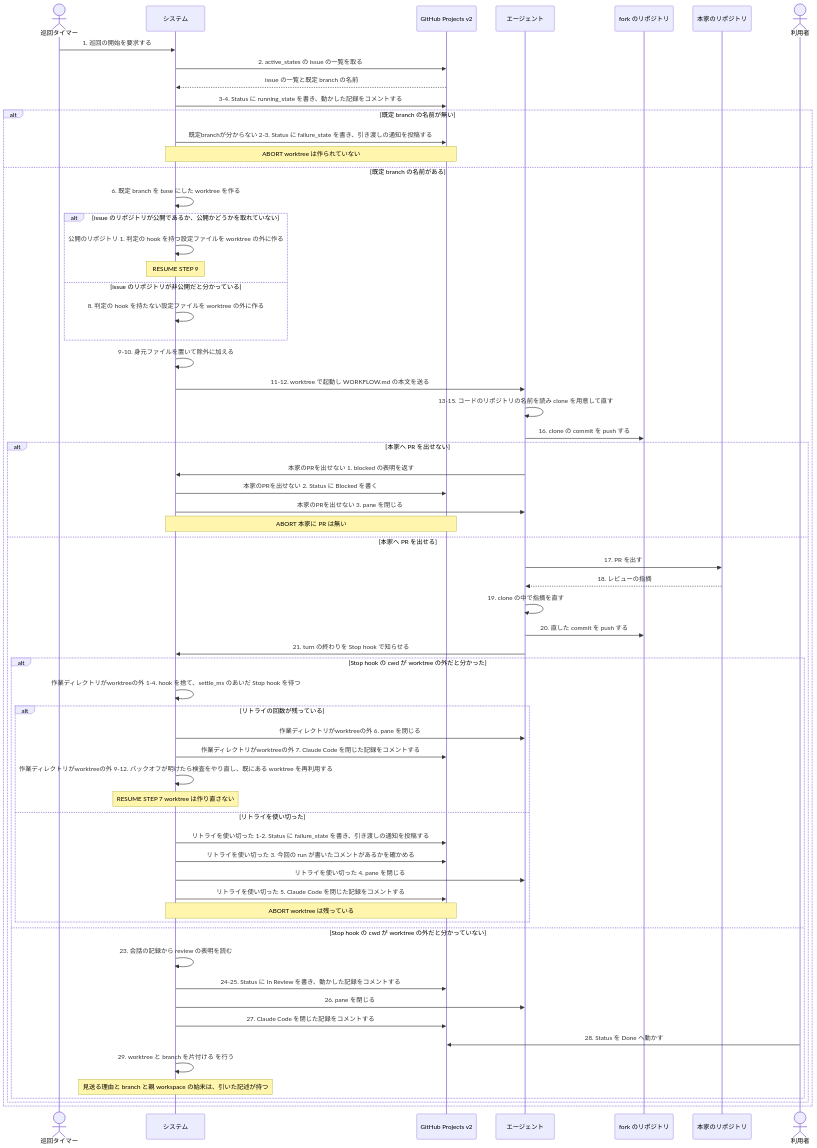
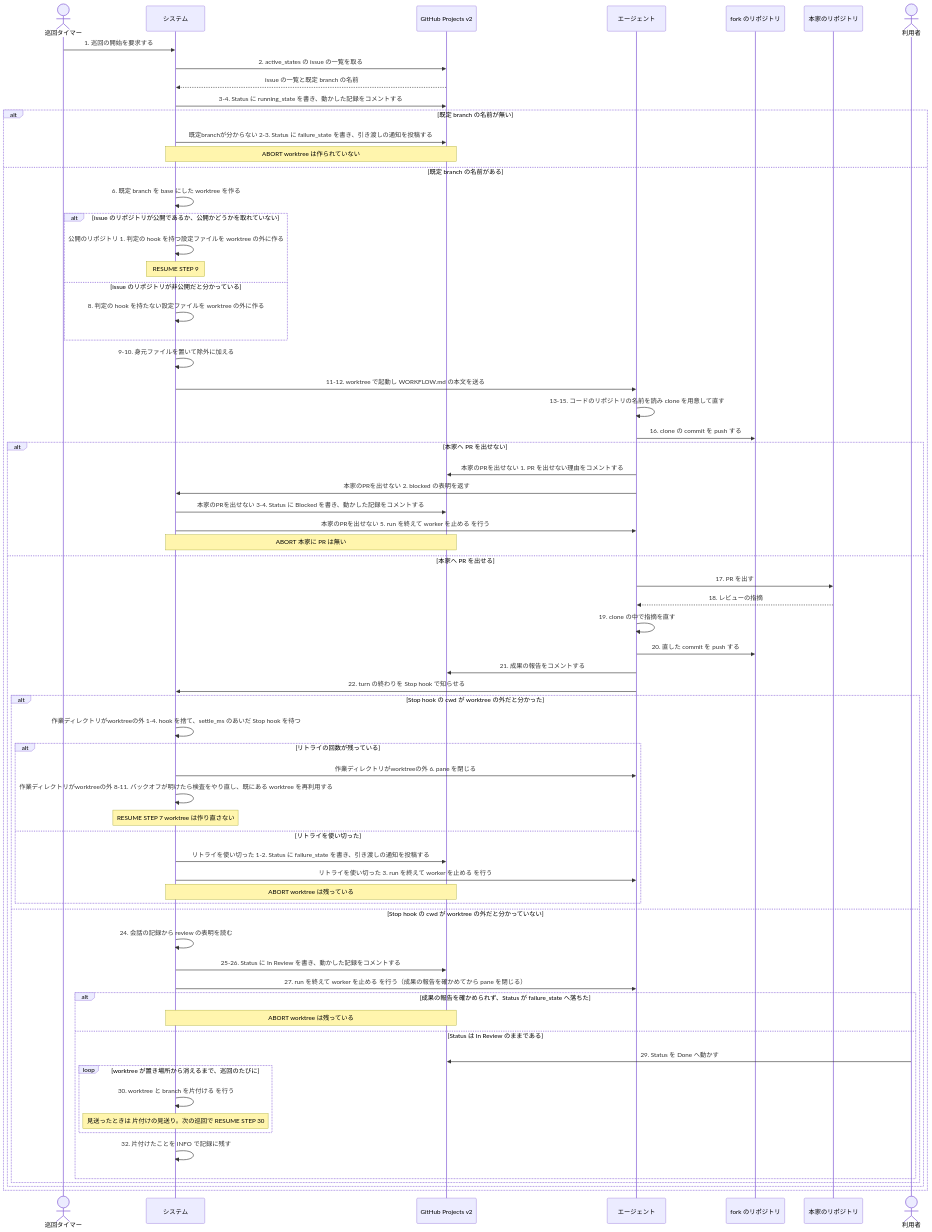
The second of 2 diagrams in docs/spec/usecases/particular_case/本家のリポジトリへ PR を出す.rucm.md (maimuzo/continuo), drawn with Mermaid before and after one commit. The commit also changed other lines of this file and 93 other files, not shown here.

````diff
--- a/docs/spec/usecases/particular_case/本家のリポジトリへ PR を出す.rucm.md
+++ b/docs/spec/usecases/particular_case/本家のリポジトリへ PR を出す.rucm.md
@@ -307,66 +357,71 @@
 ```mermaid
 sequenceDiagram
     actor TIMER as 巡回タイマー
     participant SYS as システム
     participant BOARD as GitHub Projects v2
     participant CC as エージェント
     participant FORK as fork のリポジトリ
     participant UP as 本家のリポジトリ
     actor USER as 利用者
 
     TIMER->>SYS: 1. 巡回の開始を要求する
     SYS->>BOARD: 2. active_states の issue の一覧を取る
     BOARD-->>SYS: issue の一覧と既定 branch の名前
     SYS->>BOARD: 3-4. Status に running_state を書き、動かした記録をコメントする
     alt 既定 branch の名前が無い
         SYS->>BOARD: 既定branchが分からない 2-3. Status に failure_state を書き、引き渡しの通知を投稿する
         Note over SYS,BOARD: ABORT worktree は作られていない
     else 既定 branch の名前がある
         SYS->>SYS: 6. 既定 branch を base にした worktree を作る
         alt issue のリポジトリが公開であるか、公開かどうかを取れていない
             SYS->>SYS: 公開のリポジトリ 1. 判定の hook を持つ設定ファイルを worktree の外に作る
             Note over SYS: RESUME STEP 9
         else issue のリポジトリが非公開だと分かっている
             SYS->>SYS: 8. 判定の hook を持たない設定ファイルを worktree の外に作る
         end
         SYS->>SYS: 9-10. 身元ファイルを置いて除外に加える
         SYS->>CC: 11-12. worktree で起動し WORKFLOW.md の本文を送る
         CC->>CC: 13-15. コードのリポジトリの名前を読み clone を用意して直す
         CC->>FORK: 16. clone の commit を push する
         alt 本家へ PR を出せない
-            CC->>SYS: 本家のPRを出せない 1. blocked の表明を返す
-            SYS->>BOARD: 本家のPRを出せない 2. Status に Blocked を書く
-            SYS->>CC: 本家のPRを出せない 3. pane を閉じる
+            CC->>BOARD: 本家のPRを出せない 1. PR を出せない理由をコメントする
+            CC->>SYS: 本家のPRを出せない 2. blocked の表明を返す
+            SYS->>BOARD: 本家のPRを出せない 3-4. Status に Blocked を書き、動かした記録をコメントする
+            SYS->>CC: 本家のPRを出せない 5. run を終えて worker を止める を行う
             Note over SYS,BOARD: ABORT 本家に PR は無い
         else 本家へ PR を出せる
             CC->>UP: 17. PR を出す
             UP-->>CC: 18. レビューの指摘
             CC->>CC: 19. clone の中で指摘を直す
             CC->>FORK: 20. 直した commit を push する
-            CC->>SYS: 21. turn の終わりを Stop hook で知らせる
+            CC->>BOARD: 21. 成果の報告をコメントする
+            CC->>SYS: 22. turn の終わりを Stop hook で知らせる
             alt Stop hook の cwd が worktree の外だと分かった
                 SYS->>SYS: 作業ディレクトリがworktreeの外 1-4. hook を捨て、settle_ms のあいだ Stop hook を待つ
                 alt リトライの回数が残っている
                     SYS->>CC: 作業ディレクトリがworktreeの外 6. pane を閉じる
-                    SYS->>BOARD: 作業ディレクトリがworktreeの外 7. Claude Code を閉じた記録をコメントする
-                    SYS->>SYS: 作業ディレクトリがworktreeの外 9-12. バックオフが明けたら検査をやり直し、既にある worktree を再利用する
+                    SYS->>SYS: 作業ディレクトリがworktreeの外 8-11. バックオフが明けたら検査をやり直し、既にある worktree を再利用する
                     Note over SYS: RESUME STEP 7 worktree は作り直さない
                 else リトライを使い切った
                     SYS->>BOARD: リトライを使い切った 1-2. Status に failure_state を書き、引き渡しの通知を投稿する
-                    SYS->>BOARD: リトライを使い切った 3. 今回の run が書いたコメントがあるかを確かめる
-                    SYS->>CC: リトライを使い切った 4. pane を閉じる
-                    SYS->>BOARD: リトライを使い切った 5. Claude Code を閉じた記録をコメントする
+                    SYS->>CC: リトライを使い切った 3. run を終えて worker を止める を行う
                     Note over SYS,BOARD: ABORT worktree は残っている
                 end
             else Stop hook の cwd が worktree の外だと分かっていない
-                SYS->>SYS: 23. 会話の記録から review の表明を読む
-                SYS->>BOARD: 24-25. Status に In Review を書き、動かした記録をコメントする
-                SYS->>CC: 26. pane を閉じる
-                SYS->>BOARD: 27. Claude Code を閉じた記録をコメントする
-                USER->>BOARD: 28. Status を Done へ動かす
-                SYS->>SYS: 29. worktree と branch を片付ける を行う
-                Note over SYS: 見送る理由と branch と親 workspace の始末は、引いた記述が持つ
+                SYS->>SYS: 24. 会話の記録から review の表明を読む
+                SYS->>BOARD: 25-26. Status に In Review を書き、動かした記録をコメントする
+                SYS->>CC: 27. run を終えて worker を止める を行う（成果の報告を確かめてから pane を閉じる）
+                alt 成果の報告を確かめられず、Status が failure_state へ落ちた
+                    Note over SYS,BOARD: ABORT worktree は残っている
+                else Status は In Review のままである
+                    USER->>BOARD: 29. Status を Done へ動かす
+                    loop worktree が置き場所から消えるまで、巡回のたびに
+                        SYS->>SYS: 30. worktree と branch を片付ける を行う
+                        Note over SYS: 見送ったときは 片付けの見送り。次の巡回で RESUME STEP 30
+                    end
+                    SYS->>SYS: 32. 片付けたことを INFO で記録に残す
+                end
             end
         end
     end
 ```
````
